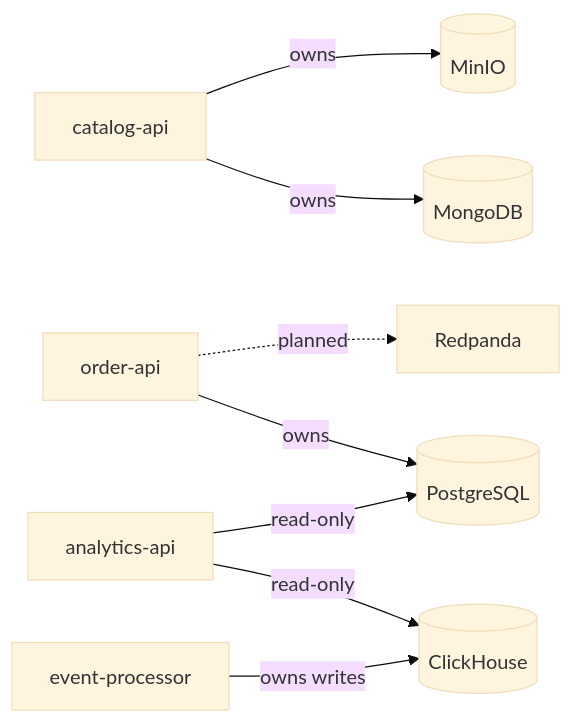
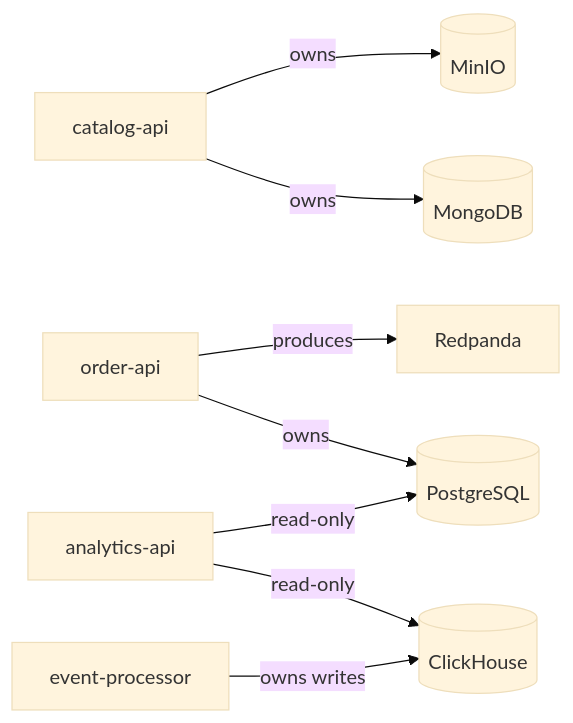
Before and after one commit to ianckc/streamshop-distributed-system: the diagram in docs/docs/architecture/microservices.mdx, drawn with Mermaid (base theme). The commit also changed other lines of this file and 23 other files, not shown here.

First line of the commit message:
0020 Add Redpanda order producer (#21)

````diff
--- a/docs/docs/architecture/microservices.mdx
+++ b/docs/docs/architecture/microservices.mdx
@@ -75,10 +75,10 @@
 ```mermaid
 flowchart LR
   Catalog[catalog-api] -->|owns| Mongo[(MongoDB)]
   Catalog -->|owns| MinIO[(MinIO)]
   Order[order-api] -->|owns| Postgres[(PostgreSQL)]
-  Order -.->|planned| Redpanda[Redpanda]
+  Order -->|produces| Redpanda[Redpanda]
   Processor[event-processor] -->|owns writes| ClickHouse[(ClickHouse)]
   Analytics[analytics-api] -->|read-only| ClickHouse
   Analytics -->|read-only| Postgres
 ```
````
